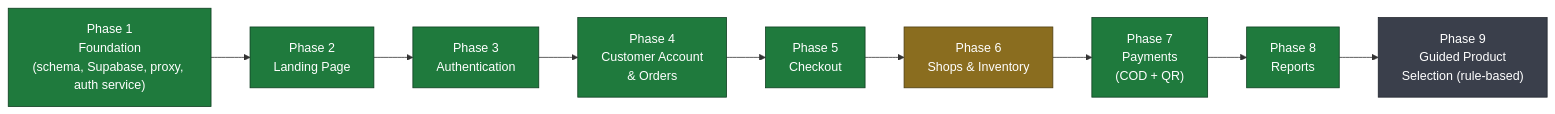
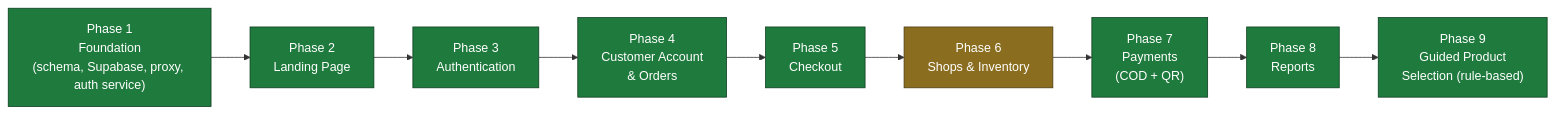
One commit to Manuel00216/RobertJ-OnlineShop changed the first of 3 diagrams in README.md. Above: the diagram before and after it, drawn with Mermaid. The commit also changed other lines of this file and 1 other file, not shown here.

Commit message:
Updated architecture

````diff
--- a/README.md
+++ b/README.md
@@ -201,21 +201,20 @@
 ```mermaid
 flowchart LR
     P1["Phase 1<br/>Foundation<br/>(schema, Supabase, proxy, auth service)"]
     P2["Phase 2<br/>Landing Page"]
     P3["Phase 3<br/>Authentication"]
     P4["Phase 4<br/>Customer Account<br/>& Orders"]
     P5["Phase 5<br/>Checkout"]
     P6["Phase 6<br/>Shops & Inventory"]
     P7["Phase 7<br/>Payments<br/>(COD + QR)"]
     P8["Phase 8<br/>Reports"]
     P9["Phase 9<br/>Guided Product<br/>Selection (rule-based)"]
 
     P1 --> P2 --> P3 --> P4 --> P5 --> P6 --> P7 --> P8 --> P9
 
     classDef done fill:#1f7a3d,stroke:#0d3d1f,color:#fff;
     classDef todo fill:#3a3f4b,stroke:#20242c,color:#fff;
     classDef partial fill:#8a6d1f,stroke:#4d3c10,color:#fff;
-    class P1,P2,P3,P4,P5,P7,P8 done;
+    class P1,P2,P3,P4,P5,P7,P8,P9 done;
     class P6 partial;
-    class P9 todo;
 ```
````
